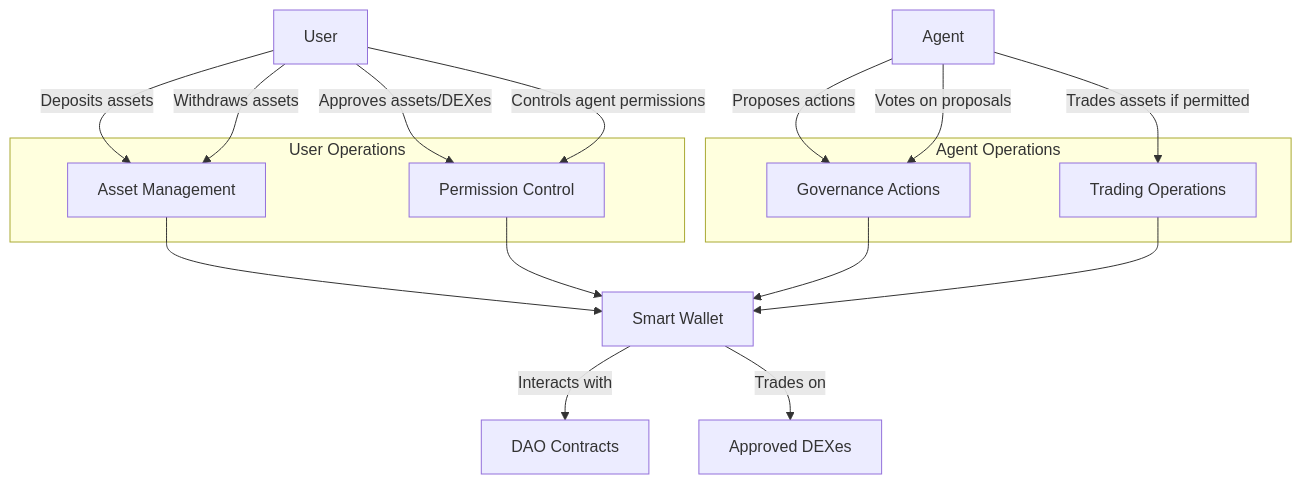
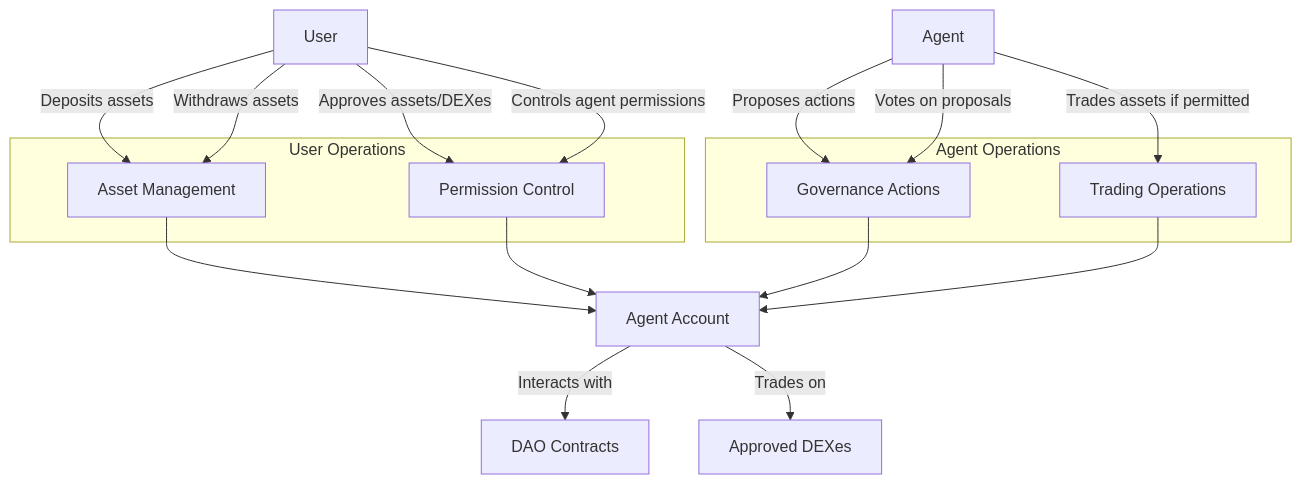
The diagram in templates/smart-wallet-example.md (aibtcdev/aibtcdev-docs), drawn with Mermaid before and after one commit. The commit also changed other lines of this file and 1 other file, not shown here.

Commit message:
refactor: Rename smart-wallet to agent-account in docs and examples

````diff
--- a/templates/smart-wallet-example.md
+++ b/templates/smart-wallet-example.md
@@ -38,34 +38,34 @@
 ```mermaid
 flowchart TD
     A["User"]
     B["Agent"]
-    C["Smart Wallet"]
+    C["Agent Account"]
     D["DAO Contracts"]
     E["Approved DEXes"]
     
     subgraph User Operations
         CA["Asset Management"]
         CB["Permission Control"]
     end
     
     subgraph Agent Operations
         CC["Governance Actions"]
         CD["Trading Operations"]
     end
     
     A -->|"Deposits assets"| CA
     A -->|"Withdraws assets"| CA
     A -->|"Approves assets/DEXes"| CB
     A -->|"Controls agent permissions"| CB
     B -->|"Proposes actions"| CC
     B -->|"Votes on proposals"| CC
     B -->|"Trades assets if permitted"| CD
     
     CA --> C
     CB --> C
     CC --> C
     CD --> C
     
     C -->|"Interacts with"| D
     C -->|"Trades on"| E
 ```
````
